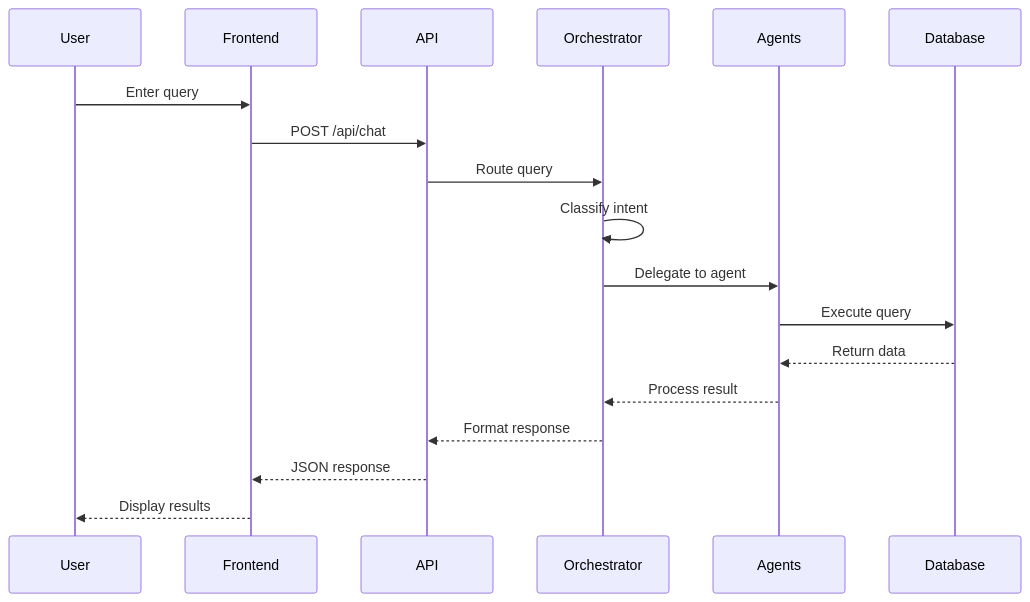
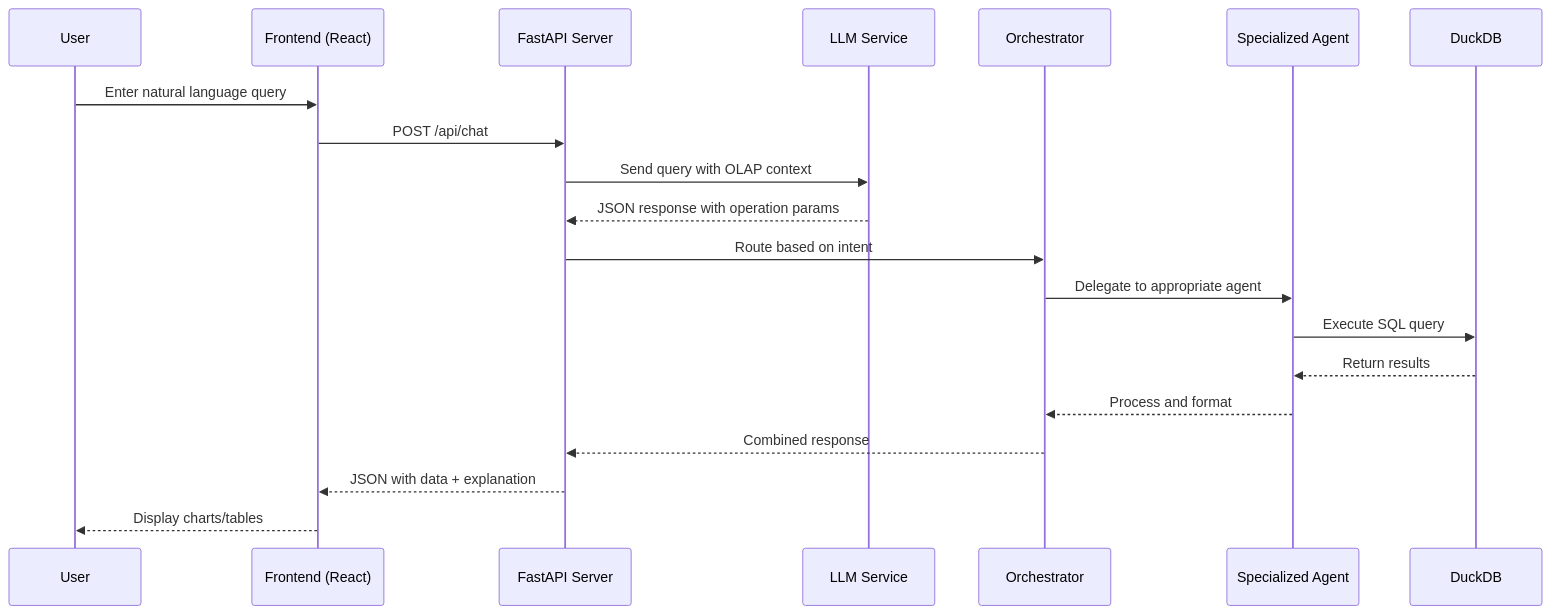
One commit to florjanmani/OLAP-Assistant changed the first of 2 diagrams in docs/ARCHITECTURE.md. Above: the diagram before and after it, drawn with Mermaid. The commit also changed other lines of this file and 1 other file, not shown here.

````diff
--- a/docs/ARCHITECTURE.md
+++ b/docs/ARCHITECTURE.md
@@ -113,21 +67,23 @@
 ```mermaid
 sequenceDiagram
-    participant User
-    participant Frontend
-    participant API
-    participant Orchestrator
-    participant Agents
-    participant Database
-    
-    User->>Frontend: Enter query
-    Frontend->>API: POST /api/chat
-    API->>Orchestrator: Route query
-    Orchestrator->>Orchestrator: Classify intent
-    Orchestrator->>Agents: Delegate to agent
-    Agents->>Database: Execute query
-    Database-->>Agents: Return data
-    Agents-->>Orchestrator: Process result
-    Orchestrator-->>API: Format response
-    API-->>Frontend: JSON response
-    Frontend-->>User: Display results
+    participant U as User
+    participant FE as Frontend (React)
+    participant API as FastAPI Server
+    participant LLM as LLM Service
+    participant Orch as Orchestrator
+    participant Agent as Specialized Agent
+    participant DB as DuckDB
+
+    U->>FE: Enter natural language query
+    FE->>API: POST /api/chat
+    API->>LLM: Send query with OLAP context
+    LLM-->>API: JSON response with operation params
+    API->>Orch: Route based on intent
+    Orch->>Agent: Delegate to appropriate agent
+    Agent->>DB: Execute SQL query
+    DB-->>Agent: Return results
+    Agent-->>Orch: Process and format
+    Orch-->>API: Combined response
+    API-->>FE: JSON with data + explanation
+    FE-->>U: Display charts/tables
 ```
````
